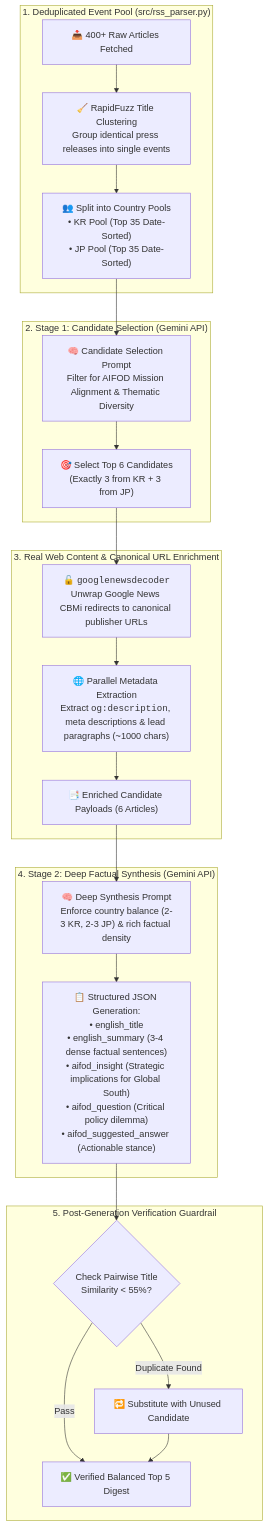
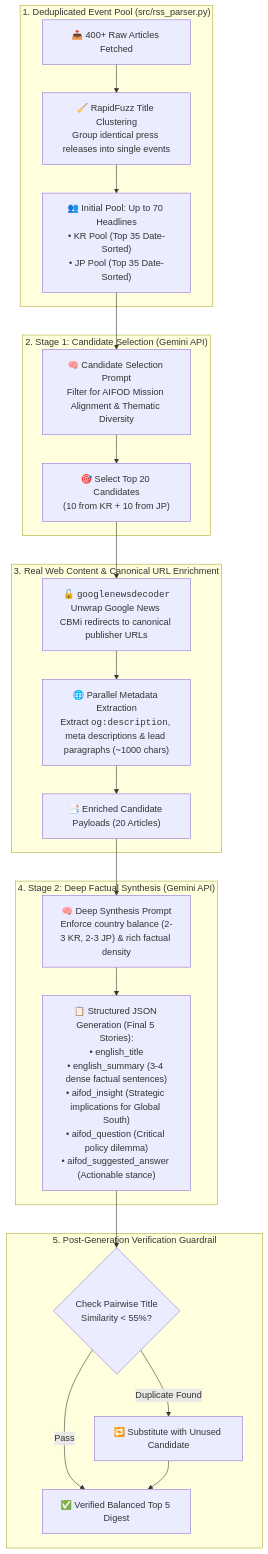
The second of 3 diagrams in README.md (henryhyunwookim/AI-news-aggregator-KRJP), drawn with Mermaid before and after one commit. The commit also changed other lines of this file and 4 other files, not shown here.

First line of the commit message:
feat(llm): upgrade to gemini-3.8-flash and expand Stage 1 candidate pool

````diff
--- a/README.md
+++ b/README.md
@@ -113,44 +113,44 @@
 ```mermaid
 flowchart TD
     %% Input Articles
     subgraph InputStage ["1. Deduplicated Event Pool (src/rss_parser.py)"]
         RAW_FEED["📥 400+ Raw Articles Fetched"]
         FUZZ_CLUSTER["🧹 RapidFuzz Title Clustering<br/>Group identical press releases into single events"]
-        SPLIT_POOLS["👥 Split into Country Pools<br/>• KR Pool (Top 35 Date-Sorted)<br/>• JP Pool (Top 35 Date-Sorted)"]
+        SPLIT_POOLS["👥 Initial Pool: Up to 70 Headlines<br/>• KR Pool (Top 35 Date-Sorted)<br/>• JP Pool (Top 35 Date-Sorted)"]
     end
 
     %% Stage 1 Candidate Selection
     subgraph Stage1 ["2. Stage 1: Candidate Selection (Gemini API)"]
         S1_PROMPT["🧠 Candidate Selection Prompt<br/>Filter for AIFOD Mission Alignment & Thematic Diversity"]
-        S1_SELECT["🎯 Select Top 6 Candidates<br/>(Exactly 3 from KR + 3 from JP)"]
+        S1_SELECT["🎯 Select Top 20 Candidates<br/>(10 from KR + 10 from JP)"]
     end
 
     %% Web Content Enrichment
     subgraph EnrichmentStage ["3. Real Web Content & Canonical URL Enrichment"]
         DECODER["🔓 <code>googlenewsdecoder</code><br/>Unwrap Google News CBMi redirects to canonical publisher URLs"]
         FETCHER["🌐 Parallel Metadata Extraction<br/>Extract <code>og:description</code>, meta descriptions & lead paragraphs (~1000 chars)"]
-        ENRICHED_DATA["📑 Enriched Candidate Payloads (6 Articles)"]
+        ENRICHED_DATA["📑 Enriched Candidate Payloads (20 Articles)"]
     end
 
     %% Stage 2 Deep Synthesis
     subgraph Stage2 ["4. Stage 2: Deep Factual Synthesis (Gemini API)"]
         S2_PROMPT["🧠 Deep Synthesis Prompt<br/>Enforce country balance (2-3 KR, 2-3 JP) & rich factual density"]
-        S2_OUTPUT["📋 Structured JSON Generation:<br/>• english_title<br/>• english_summary (3-4 dense factual sentences)<br/>• aifod_insight (Strategic implications for Global South)<br/>• aifod_question (Critical policy dilemma)<br/>• aifod_suggested_answer (Actionable stance)"]
+        S2_OUTPUT["📋 Structured JSON Generation (Final 5 Stories):<br/>• english_title<br/>• english_summary (3-4 dense factual sentences)<br/>• aifod_insight (Strategic implications for Global South)<br/>• aifod_question (Critical policy dilemma)<br/>• aifod_suggested_answer (Actionable stance)"]
     end
 
     %% Post-Guardrail
     subgraph GuardrailStage ["5. Post-Generation Verification Guardrail"]
         SIM_CHECK{"Check Pairwise Title<br/>Similarity < 55%?"}
         POST_VERIFY["✅ Verified Balanced Top 5 Digest"]
         SUB_ALT["🔁 Substitute with Unused Candidate"]
     end
 
     %% Connections
     RAW_FEED --> FUZZ_CLUSTER --> SPLIT_POOLS
     SPLIT_POOLS --> S1_PROMPT --> S1_SELECT
     S1_SELECT --> DECODER --> FETCHER --> ENRICHED_DATA
     ENRICHED_DATA --> S2_PROMPT --> S2_OUTPUT
     S2_OUTPUT --> SIM_CHECK
     SIM_CHECK -- "Pass" --> POST_VERIFY
     SIM_CHECK -- "Duplicate Found" --> SUB_ALT --> POST_VERIFY
 ```
````
